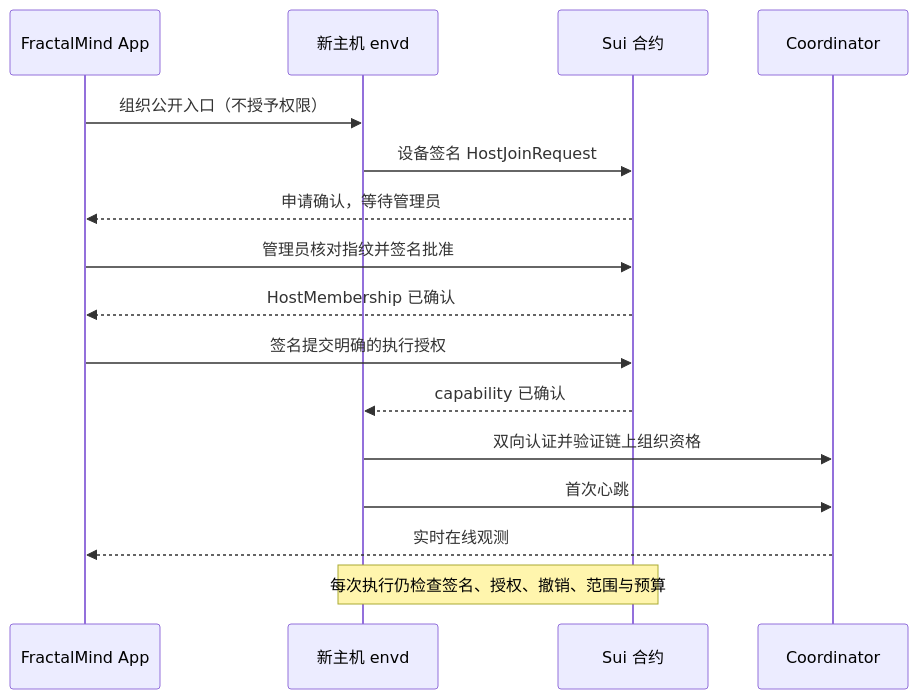
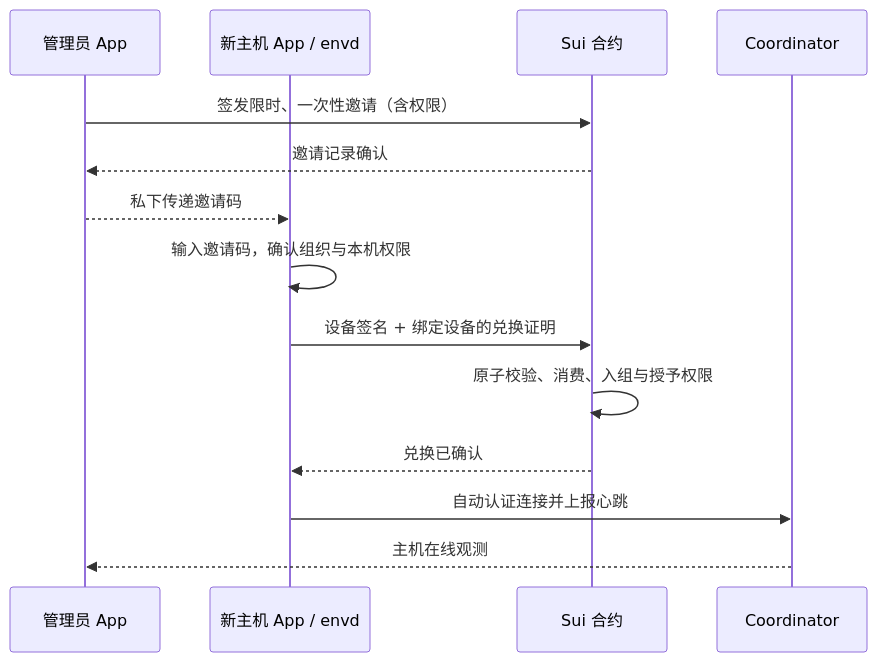
One commit to fractalmind-labs/fractalmind-os changed the diagram in docs/product/fractalmind-app-prd.md. Above: the diagram before and after it, drawn with Mermaid. The commit also changed other lines of this file and 3 other files, not shown here.

Commit message:
feat(app): simplify host enrollment with one-time invitations

````diff
--- a/docs/product/fractalmind-app-prd.md
+++ b/docs/product/fractalmind-app-prd.md
@@ -250,18 +275,16 @@
 ```mermaid
 sequenceDiagram
-    participant App as FractalMind App
-    participant Device as 新主机 envd
+    participant Admin as 管理员 App
+    participant Host as 新主机 App / envd
     participant Sui as Sui 合约
     participant C as Coordinator
-    App->>Device: 组织公开入口（不授予权限）
-    Device->>Sui: 设备签名 HostJoinRequest
-    Sui-->>App: 申请确认，等待管理员
-    App->>Sui: 管理员核对指纹并签名批准
-    Sui-->>App: HostMembership 已确认
-    App->>Sui: 签名提交明确的执行授权
-    Sui-->>Device: capability 已确认
-    Device->>C: 双向认证并验证链上组织资格
-    Device->>C: 首次心跳
-    C-->>App: 实时在线观测
-    Note over Device,Sui: 每次执行仍检查签名、授权、撤销、范围与预算
+    Admin->>Sui: 签发限时、一次性邀请（含权限）
+    Sui-->>Admin: 邀请记录确认
+    Admin-->>Host: 私下传递邀请码
+    Host->>Host: 输入邀请码，确认组织与本机权限
+    Host->>Sui: 设备签名 + 绑定设备的兑换证明
+    Sui->>Sui: 原子校验、消费、入组与授予权限
+    Sui-->>Host: 兑换已确认
+    Host->>C: 自动认证连接并上报心跳
+    C-->>Admin: 主机在线观测
 ```
````
